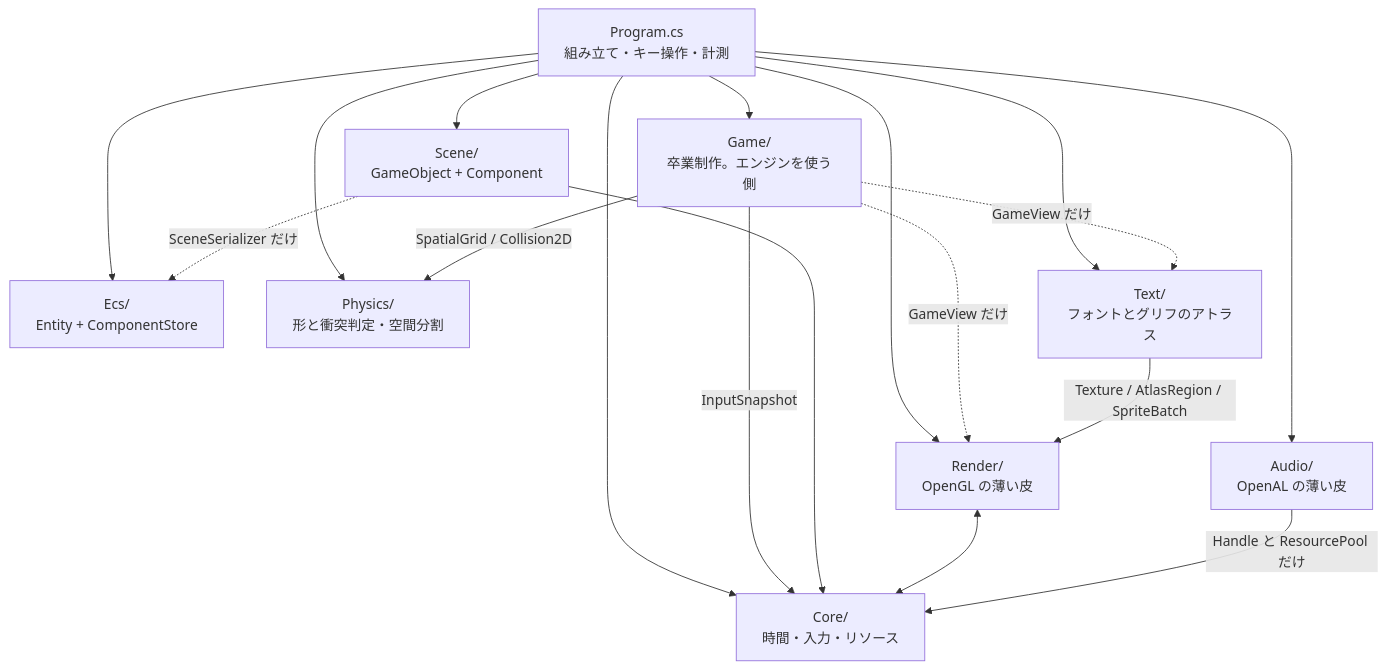
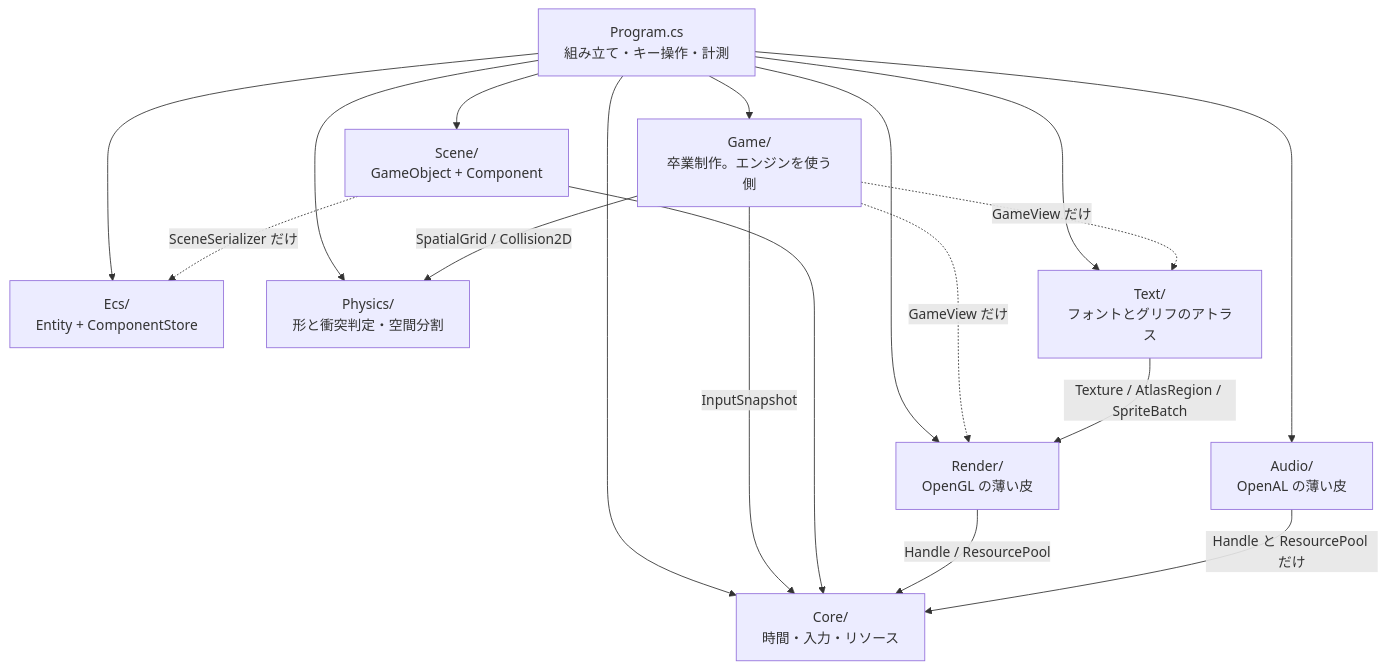
Before and after one commit to honyax/honya-game-engine: the first of 22 diagrams in docs/plans/Day31.md, drawn with Mermaid. The commit also changed other lines of this file and 20 other files, not shown here.

````diff
--- a/docs/plans/Day31.md
+++ b/docs/plans/Day31.md
@@ -431,30 +474,30 @@
 ```mermaid
 graph TD
     G["Game/<br/>卒業制作。エンジンを使う側"]
     P["Program.cs<br/>組み立て・キー操作・計測"]
     S["Scene/<br/>GameObject + Component"]
     E["Ecs/<br/>Entity + ComponentStore"]
     PH["Physics/<br/>形と衝突判定・空間分割"]
     T["Text/<br/>フォントとグリフのアトラス"]
     R["Render/<br/>OpenGL の薄い皮"]
     A["Audio/<br/>OpenAL の薄い皮"]
     C["Core/<br/>時間・入力・リソース"]
 
     P --> G
     P --> S
     P --> E
     P --> PH
     P --> T
     P --> R
     P --> A
     P --> C
     G -->|SpatialGrid / Collision2D| PH
     G -->|InputSnapshot| C
     G -.->|GameView だけ| T
     G -.->|GameView だけ| R
     S --> C
     S -.->|SceneSerializer だけ| E
     T -->|Texture / AtlasRegion / SpriteBatch| R
-    R <--> C
+    R -->|Handle / ResourcePool| C
     A -->|Handle と ResourcePool だけ| C
 ```
````
